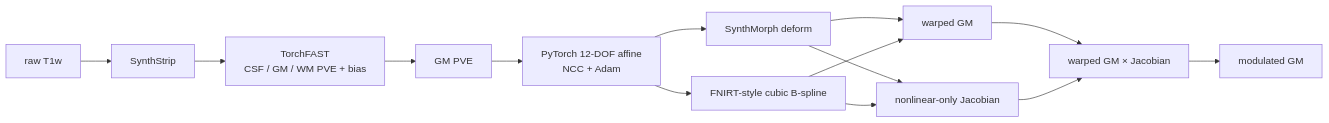
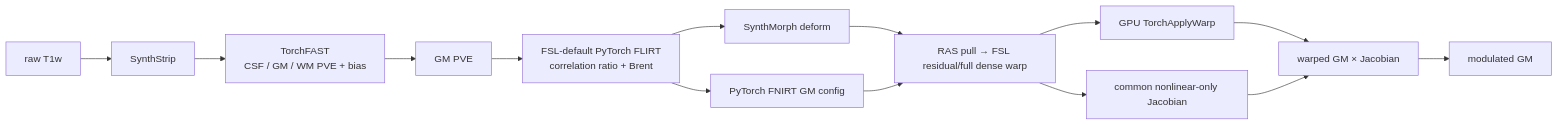
One commit to weikanggong1/Weikang-BrainMRI changed the diagram in docs/fast_vbm/README.md. Above: the diagram before and after it, drawn with Mermaid. The commit also changed other lines of this file and 313 other files, not shown here.

Commit message:
Add FSL-target PyTorch registration tools

````diff
--- a/docs/fast_vbm/README.md
+++ b/docs/fast_vbm/README.md
@@ -12,16 +22,16 @@
 ```mermaid
 flowchart LR
   A[raw T1w] --> B[SynthStrip]
   B --> C[TorchFAST<br/>CSF / GM / WM PVE + bias]
   C --> D[GM PVE]
-  D --> E[PyTorch 12-DOF affine<br/>NCC + Adam]
+  D --> E[FSL-default PyTorch FLIRT<br/>correlation ratio + Brent]
   E --> F1[SynthMorph deform]
-  E --> F2[FNIRT-style cubic B-spline]
-  F1 --> G[warped GM]
-  F2 --> G
-  F1 --> H[nonlinear-only Jacobian]
-  F2 --> H
+  E --> F2[PyTorch FNIRT GM config]
+  F1 --> W[RAS pull → FSL residual/full dense warp]
+  F2 --> W
+  W --> G[GPU TorchApplyWarp]
+  W --> H[common nonlinear-only Jacobian]
   G --> I[warped GM × Jacobian]
   H --> I
   I --> J[modulated GM]
 ```
````
